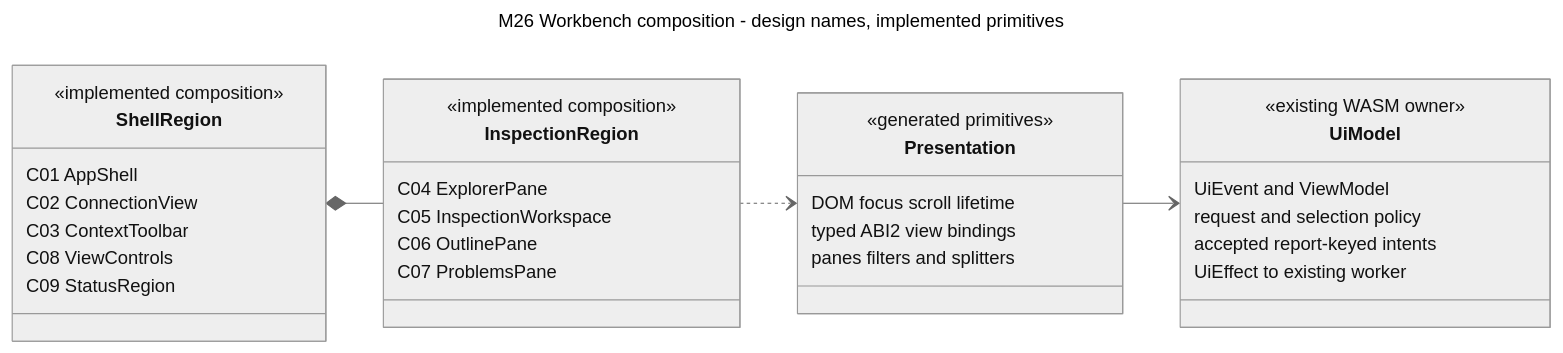
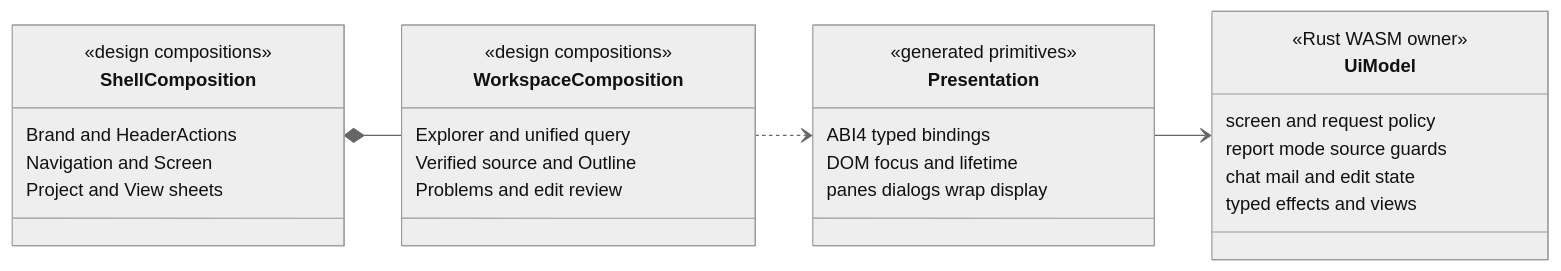
One commit to roachmaster/homelab changed the diagram in docs/architecture/diagrams/mermaid/m26-ui-components.mmd. Above: the diagram before and after it, drawn with Mermaid (neutral theme). The commit also changed 120 other files, not shown here.

```diff
--- a/docs/architecture/diagrams/mermaid/m26-ui-components.mmd
+++ b/docs/architecture/diagrams/mermaid/m26-ui-components.mmd
@@ -1,36 +1,30 @@
----
-title: M26 Workbench composition - design names, implemented primitives
----
 classDiagram
   direction LR
-  class ShellRegion {
-    <<implemented composition>>
-    C01 AppShell
-    C02 ConnectionView
-    C03 ContextToolbar
-    C08 ViewControls
-    C09 StatusRegion
+  class ShellComposition {
+    <<design compositions>>
+    Brand and HeaderActions
+    Navigation and Screen
+    Project and View sheets
   }
-  class InspectionRegion {
-    <<implemented composition>>
-    C04 ExplorerPane
-    C05 InspectionWorkspace
-    C06 OutlinePane
-    C07 ProblemsPane
+  class WorkspaceComposition {
+    <<design compositions>>
+    Explorer and unified query
+    Verified source and Outline
+    Problems and edit review
   }
   class Presentation {
     <<generated primitives>>
-    DOM focus scroll lifetime
-    typed ABI2 view bindings
-    panes filters and splitters
+    ABI4 typed bindings
+    DOM focus and lifetime
+    panes dialogs wrap display
   }
   class UiModel {
-    <<existing WASM owner>>
-    UiEvent and ViewModel
-    request and selection policy
-    accepted report-keyed intents
-    UiEffect to existing worker
+    <<Rust WASM owner>>
+    screen and request policy
+    report mode source guards
+    chat mail and edit state
+    typed effects and views
   }
-  ShellRegion *-- InspectionRegion
-  InspectionRegion ..> Presentation
+  ShellComposition *-- WorkspaceComposition
+  WorkspaceComposition ..> Presentation
   Presentation --> UiModel
```
